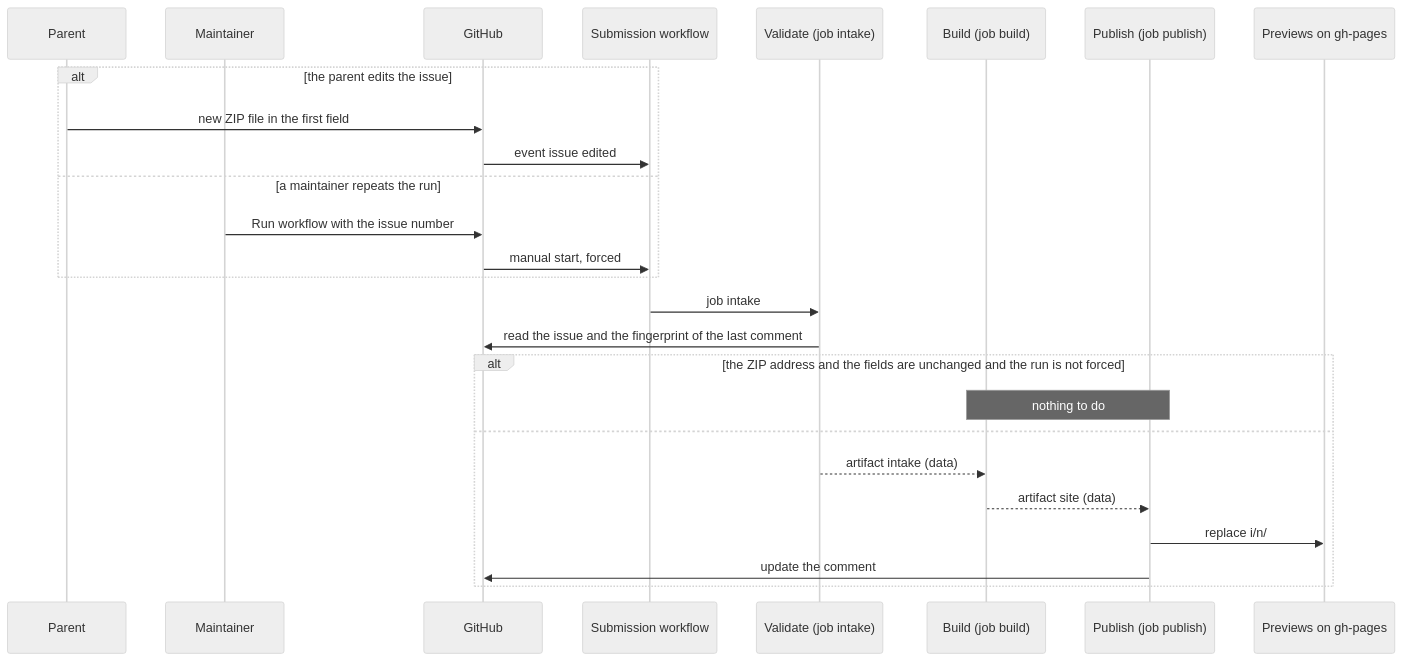
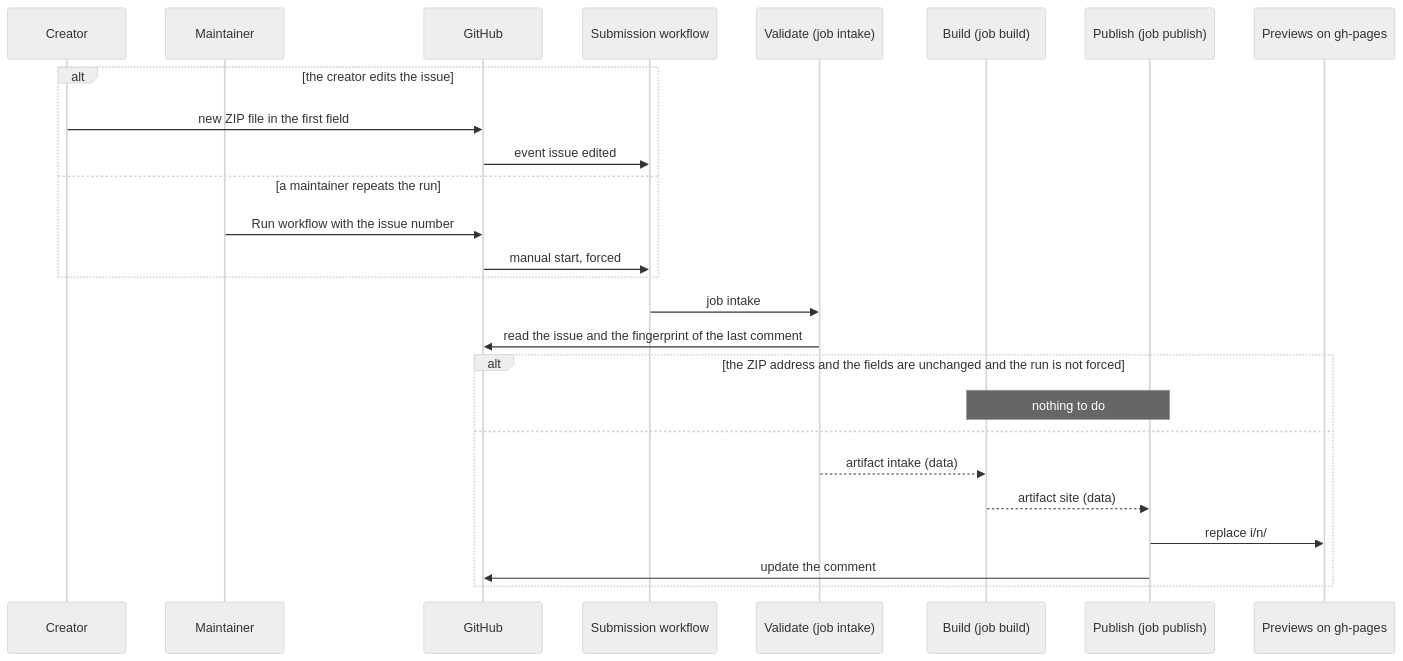
Before and after one commit to lernapps/practice: the third of 6 diagrams in docs/arc42/06-runtime-view.arc42.md, drawn with Mermaid (neutral theme). The commit also changed other lines of this file and 9 other files, not shown here.

First line of the commit message:
docs(arc42): speak of creator and student as the system architecture does

````diff
--- a/docs/arc42/06-runtime-view.arc42.md
+++ b/docs/arc42/06-runtime-view.arc42.md
@@ -128,28 +128,28 @@
 ```mermaid
 sequenceDiagram
-    participant parent as Parent
+    participant creator as Creator
     participant maintainer as Maintainer
     participant github as GitHub
     participant flow as Submission workflow
     participant intake as Validate (job intake)
     participant build as Build (job build)
     participant publish as Publish (job publish)
     participant previews as Previews on gh-pages
-    alt the parent edits the issue
-        parent->>github: new ZIP file in the first field
+    alt the creator edits the issue
+        creator->>github: new ZIP file in the first field
         github->>flow: event issue edited
     else a maintainer repeats the run
         maintainer->>github: Run workflow with the issue number
         github->>flow: manual start, forced
     end
     flow->>intake: job intake
     intake->>github: read the issue and the fingerprint of the last comment
     alt the ZIP address and the fields are unchanged and the run is not forced
         Note over build,publish: nothing to do
     else
         intake-->>build: artifact intake (data)
         build-->>publish: artifact site (data)
         publish->>previews: replace i/n/
         publish->>github: update the comment
     end
 ```
````
